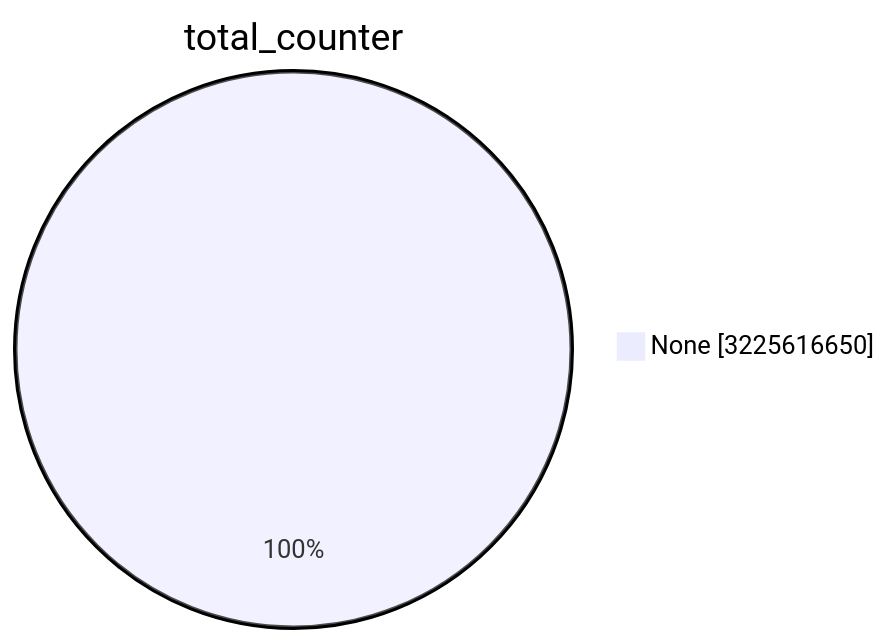
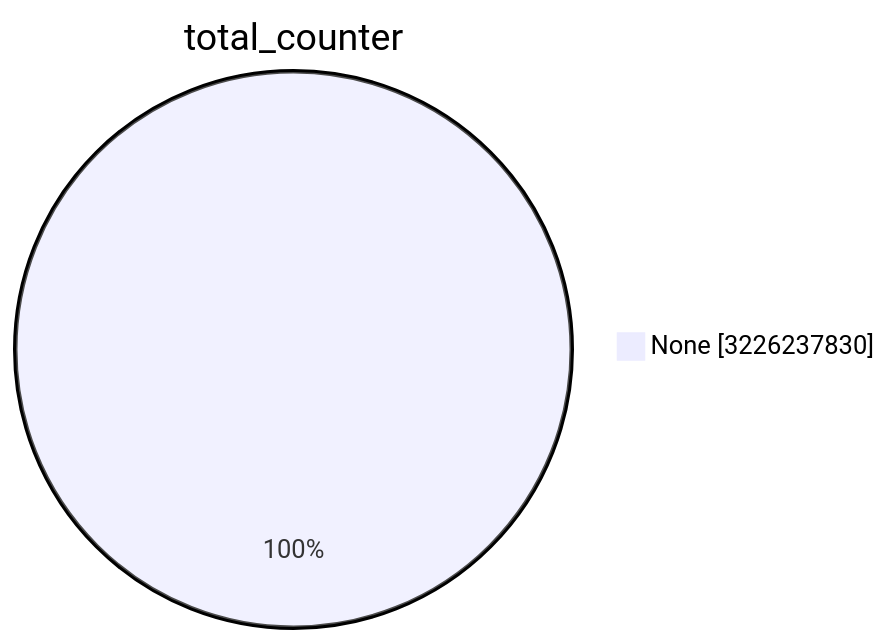
The first of 15 diagrams in TOTAL/README.md (christiankrug/ctmonitor_visualization), drawn with Mermaid before and after one commit. The commit also changed other lines of this file, not shown here.

````diff
--- a/TOTAL/README.md
+++ b/TOTAL/README.md
@@ -1,5 +1,5 @@
 ```mermaid
 pie showData
 title total_counter
-"None" :3225616650
+"None" :3226237830
 ```
````
